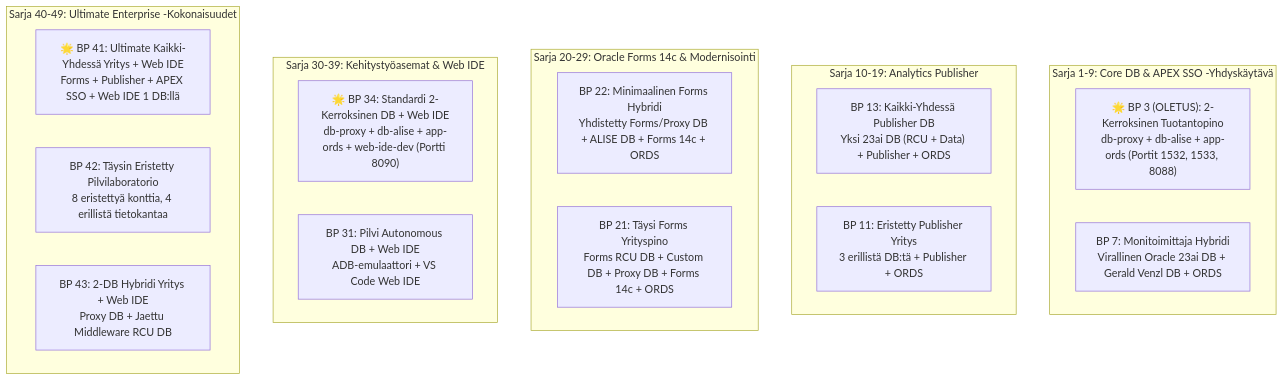
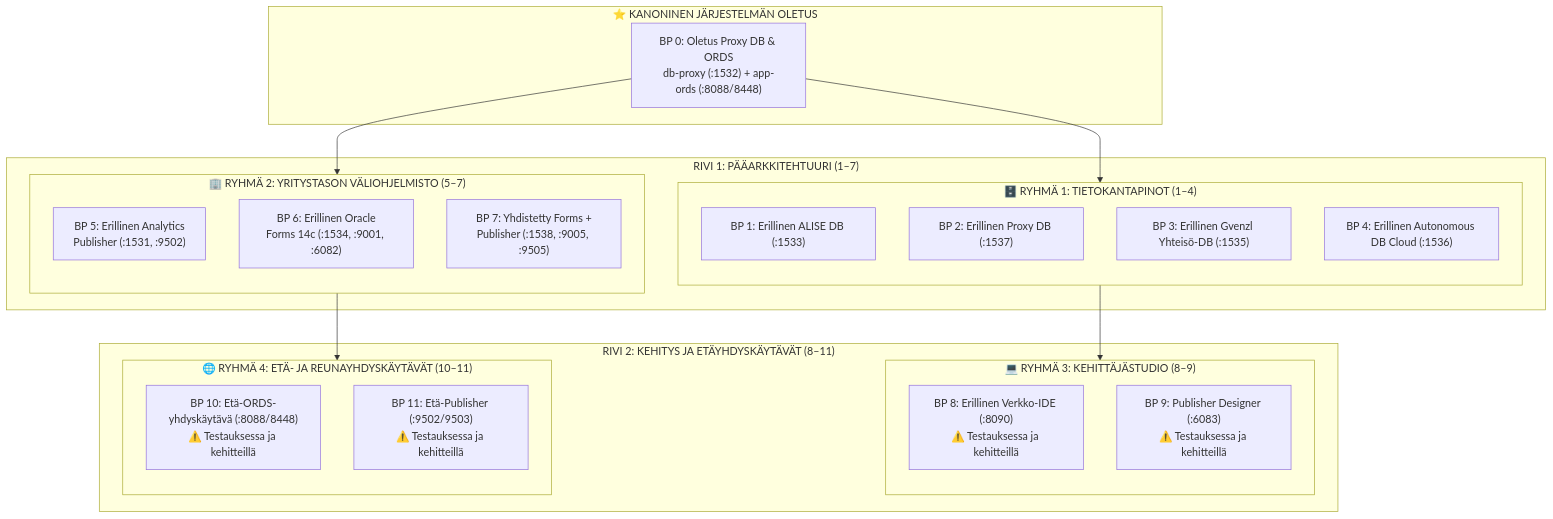
Before and after one commit to alahe/oracle-devops-platform: the second of 2 diagrams in docs/fi/README.md, drawn with Mermaid. The commit also changed other lines of this file and 412 other files, not shown here.

````diff
--- a/docs/fi/README.md
+++ b/docs/fi/README.md
@@ -144,28 +67,42 @@
 ```mermaid
-graph TD
-  subgraph Sarja 1-9: Core DB & APEX SSO -Yhdyskäytävä
-    BP3["🌟 BP 3 (OLETUS): 2-Kerroksinen Tuotantopino<br/>db-proxy + db-alise + app-ords (Portit 1532, 1533, 8088)"]
-    BP7["BP 7: Monitoimittaja Hybridi<br/>Virallinen Oracle 23ai DB + Gerald Venzl DB + ORDS"]
-  end
+flowchart TD
+    subgraph Default ["⭐ KANONINEN JÄRJESTELMÄN OLETUS"]
+        BP0["BP 0: Oletus Proxy DB & ORDS<br/>db-proxy (:1532) + app-ords (:8088/8448)"]
+    end
 
-  subgraph Sarja 10-19: Analytics Publisher
-    BP13["BP 13: Kaikki-Yhdessä Publisher DB<br/>Yksi 23ai DB (RCU + Data) + Publisher + ORDS"]
-    BP11["BP 11: Eristetty Publisher Yritys<br/>3 erillistä DB:tä + Publisher + ORDS"]
-  end
+    subgraph Tier1 ["RIVI 1: PÄÄARKKITEHTUURI (1–7)"]
+        subgraph DatabaseStacks ["🗄️ RYHMÄ 1: TIETOKANTAPINOT (1–4)"]
+            direction TB
+            BP1["BP 1: Erillinen ALISE DB (:1533)"]
+            BP2["BP 2: Erillinen Proxy DB (:1537)"]
+            BP3["BP 3: Erillinen Gvenzl Yhteisö-DB (:1535)"]
+            BP4["BP 4: Erillinen Autonomous DB Cloud (:1536)"]
+        end
 
-  subgraph Sarja 20-29: Oracle Forms 14c & Modernisointi
-    BP22["BP 22: Minimaalinen Forms Hybridi<br/>Yhdistetty Forms/Proxy DB + ALISE DB + Forms 14c + ORDS"]
-    BP21["BP 21: Täysi Forms Yrityspino<br/>Forms RCU DB + Custom DB + Proxy DB + Forms 14c + ORDS"]
-  end
+        subgraph Middleware ["🏢 RYHMÄ 2: YRITYSTASON VÄLIOHJELMISTO (5–7)"]
+            direction TB
+            BP5["BP 5: Erillinen Analytics<br/>Publisher (:1531, :9502)"]
+            BP6["BP 6: Erillinen Oracle<br/>Forms 14c (:1534, :9001, :6082)"]
+            BP7["BP 7: Yhdistetty Forms +<br/>Publisher (:1538, :9005, :9505)"]
+        end
+    end
 
-  subgraph Sarja 30-39: Kehitystyöasemat & Web IDE
-    BP34["🌟 BP 34: Standardi 2-Kerroksinen DB + Web IDE<br/>db-proxy + db-alise + app-ords + web-ide-dev (Portti 8090)"]
-    BP31["BP 31: Pilvi Autonomous DB + Web IDE<br/>ADB-emulaattori + VS Code Web IDE"]
-  end
+    subgraph Tier2 ["RIVI 2: KEHITYS JA ETÄYHDYSKÄYTÄVÄT (8–11)"]
+        subgraph DeveloperStudio ["💻 RYHMÄ 3: KEHITTÄJÄSTUDIO (8–9)"]
+            direction TB
+            BP8["BP 8: Erillinen Verkko-IDE (:8090)<br/>⚠️ Testauksessa ja kehitteillä"]
+            BP9["BP 9: Publisher Designer (:6083)<br/>⚠️ Testauksessa ja kehitteillä"]
+        end
 
-  subgraph Sarja 40-49: Ultimate Enterprise -Kokonaisuudet
-    BP41["🌟 BP 41: Ultimate Kaikki-Yhdessä Yritys + Web IDE<br/>Forms + Publisher + APEX SSO + Web IDE 1 DB:llä"]
-    BP42["BP 42: Täysin Eristetty Pilvilaboratorio<br/>8 eristettyä konttia, 4 erillistä tietokantaa"]
-    BP43["BP 43: 2-DB Hybridi Yritys + Web IDE<br/>Proxy DB + Jaettu Middleware RCU DB"]
-  end
+        subgraph RemoteGateways ["🌐 RYHMÄ 4: ETÄ- JA REUNAYHDYSKÄYTÄVÄT (10–11)"]
+            direction TB
+            BP10["BP 10: Etä-ORDS-yhdyskäytävä (:8088/8448)<br/>⚠️ Testauksessa ja kehitteillä"]
+            BP11["BP 11: Etä-Publisher (:9502/9503)<br/>⚠️ Testauksessa ja kehitteillä"]
+        end
+    end
+
+    BP0 --> BP1
+    BP0 --> BP5
+    BP1 --> BP8
+    BP5 --> BP10
 ```
````
